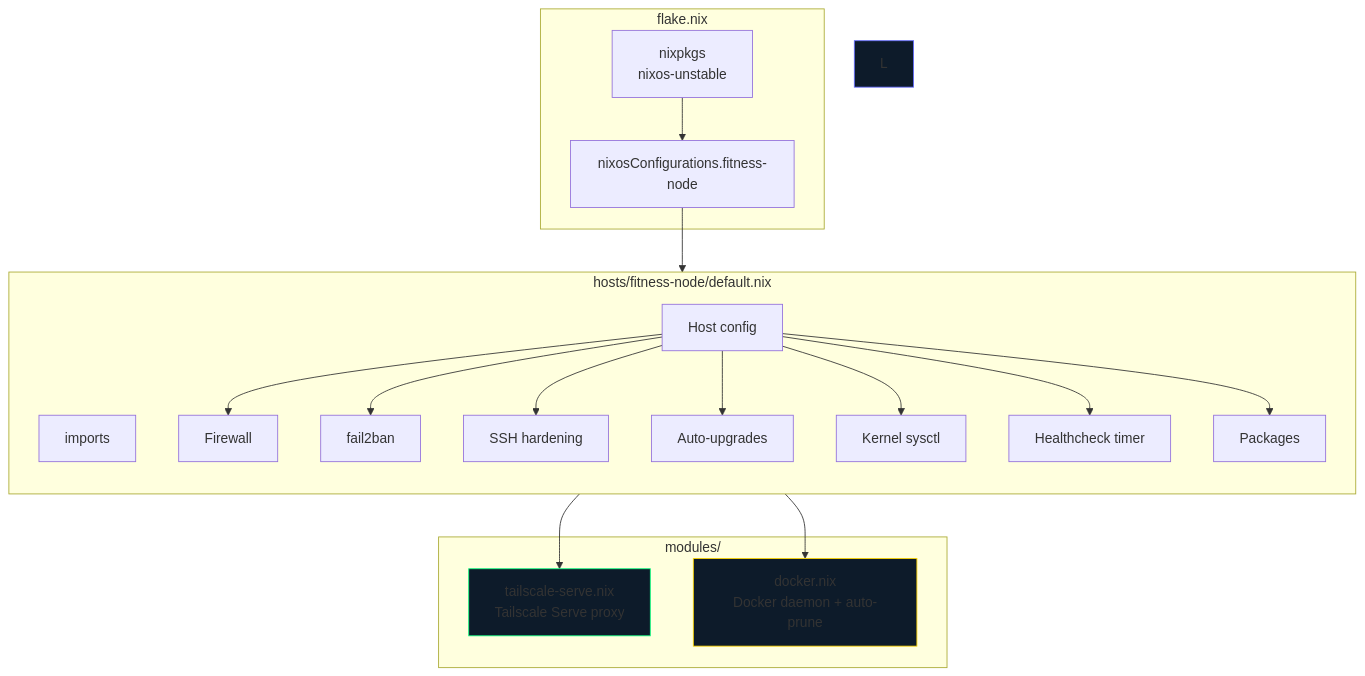
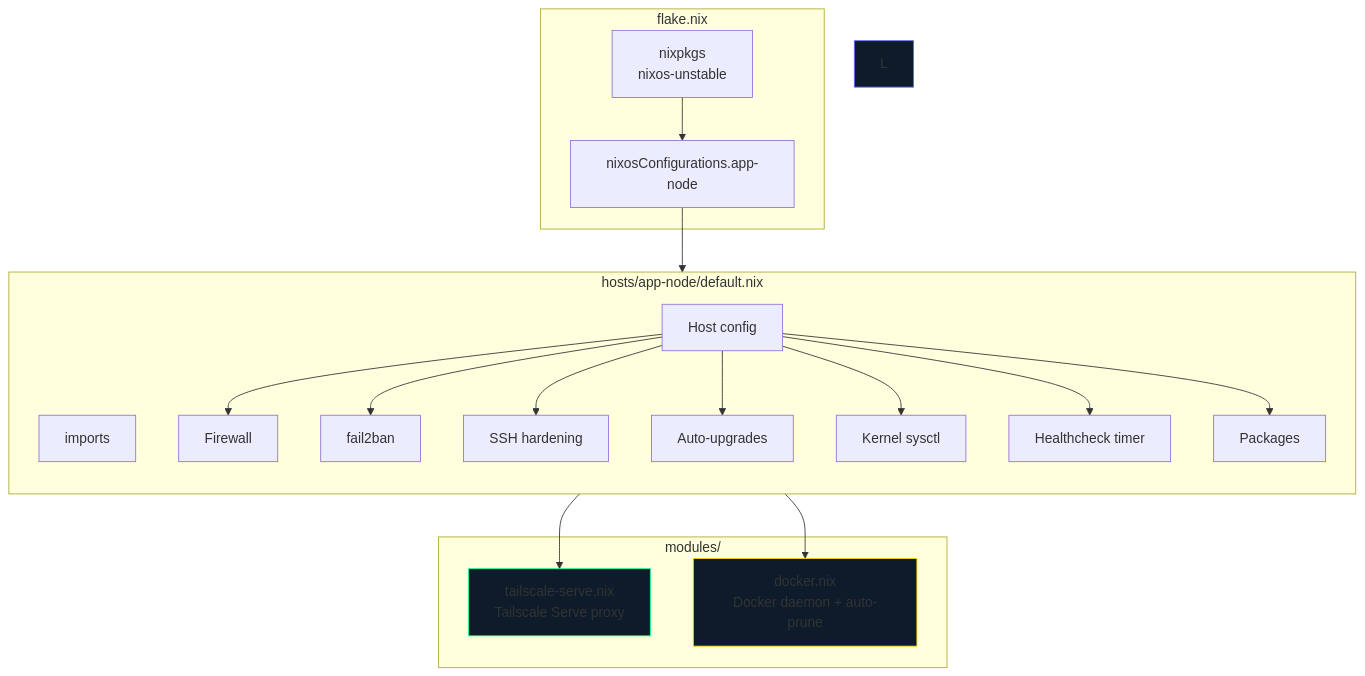
One commit to darrenmeehan/nix-config changed the second of 7 diagrams in docs/architecture.md. Above: the diagram before and after it, drawn with Mermaid. The commit also changed other lines of this file and 26 other files, not shown here.

First line of the commit message:
feat: edge router + mgmt + media hosts, app-node rename, netboot removal

````diff
--- a/docs/architecture.md
+++ b/docs/architecture.md
@@ -66,41 +66,41 @@
 ```mermaid
 graph TB
     subgraph "flake.nix"
-        A[nixpkgs<br/>nixos-unstable] --> B[nixosConfigurations.fitness-node]
+        A[nixpkgs<br/>nixos-unstable] --> B[nixosConfigurations.app-node]
     end
 
-    subgraph "hosts/fitness-node/default.nix"
+    subgraph "hosts/app-node/default.nix"
         direction TB
         C[imports]
         D[Host config]
         E[Firewall]
         F[fail2ban]
         G[SSH hardening]
         H[Auto-upgrades]
         I[Kernel sysctl]
         J[Healthcheck timer]
         K[Packages]
     end
 
     B --> C
 
     subgraph "modules/"
         M[tailscale-serve.nix<br/>Tailscale Serve proxy]
         N[docker.nix<br/>Docker daemon + auto-prune]
     end
 
     C --> M
     C --> N
 
     D --> E
     D --> F
     D --> G
     D --> H
     D --> I
     D --> J
     D --> K
 
     style L fill:#0d1b2a,stroke:#646cff
     style M fill:#0d1b2a,stroke:#0fff81
     style N fill:#0d1b2a,stroke:#ffd700
 ```
````
